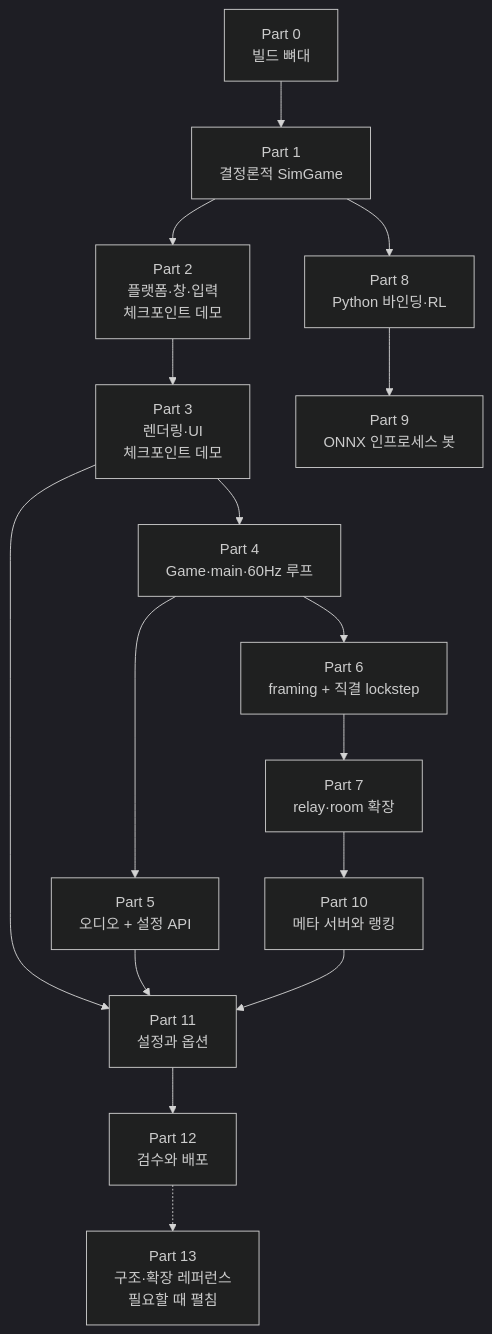
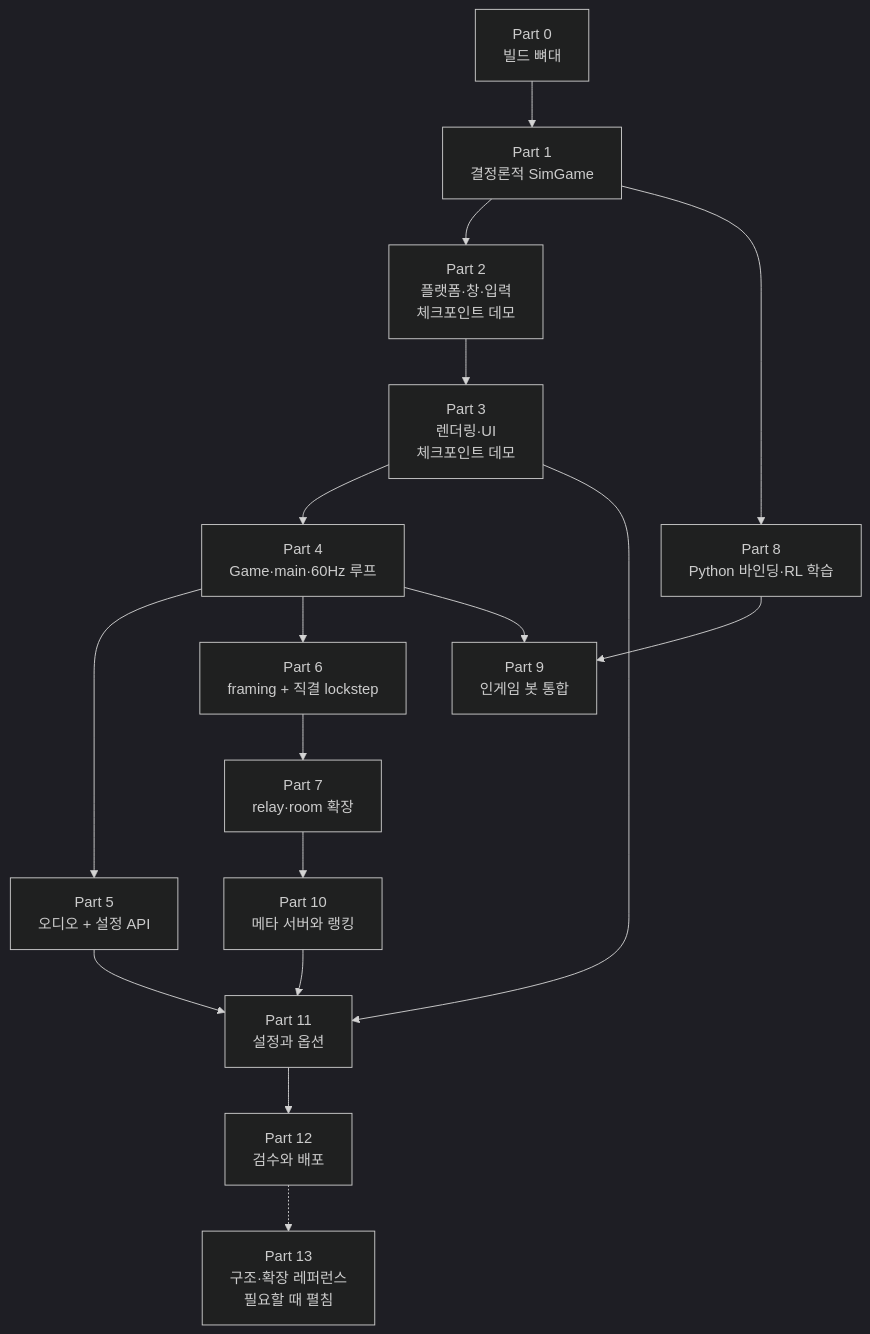
The first of 2 diagrams in docs/blog/README.md (Rein-ArXiv/Tetris-Multiplayer-RL), drawn with Mermaid (dark theme) before and after one commit. The commit also changed other lines of this file and 34 other files, not shown here.

````diff
--- a/docs/blog/README.md
+++ b/docs/blog/README.md
@@ -26,18 +26,19 @@
 ```mermaid
 graph TB
     P0[Part 0<br/>빌드 뼈대] --> P1[Part 1<br/>결정론적 SimGame]
     P1 --> P2[Part 2<br/>플랫폼·창·입력<br/>체크포인트 데모]
     P2 --> P3[Part 3<br/>렌더링·UI<br/>체크포인트 데모]
     P3 --> P4[Part 4<br/>Game·main·60Hz 루프]
     P4 --> P5[Part 5<br/>오디오 + 설정 API]
     P4 --> P6[Part 6<br/>framing + 직결 lockstep]
     P6 --> P7[Part 7<br/>relay·room 확장]
-    P1 --> P8[Part 8<br/>Python 바인딩·RL]
-    P8 --> P9[Part 9<br/>ONNX 인프로세스 봇]
+    P1 --> P8[Part 8<br/>Python 바인딩·RL 학습]
+    P4 --> P9[Part 9<br/>인게임 봇 통합]
+    P8 --> P9
     P7 --> P10[Part 10<br/>메타 서버와 랭킹]
     P3 --> P11[Part 11<br/>설정과 옵션]
     P5 --> P11
     P10 --> P11
     P11 --> P12[Part 12<br/>검수와 배포]
     P12 -.-> P13[Part 13<br/>구조·확장 레퍼런스<br/>필요할 때 펼침]
 ```
````
